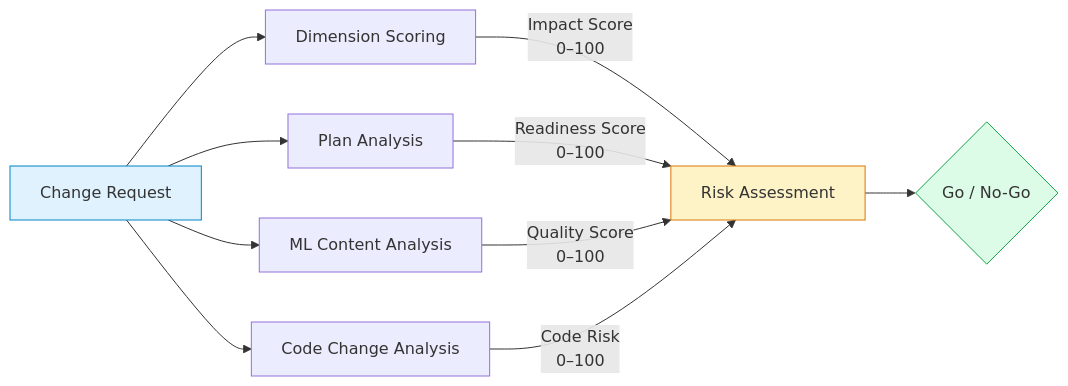
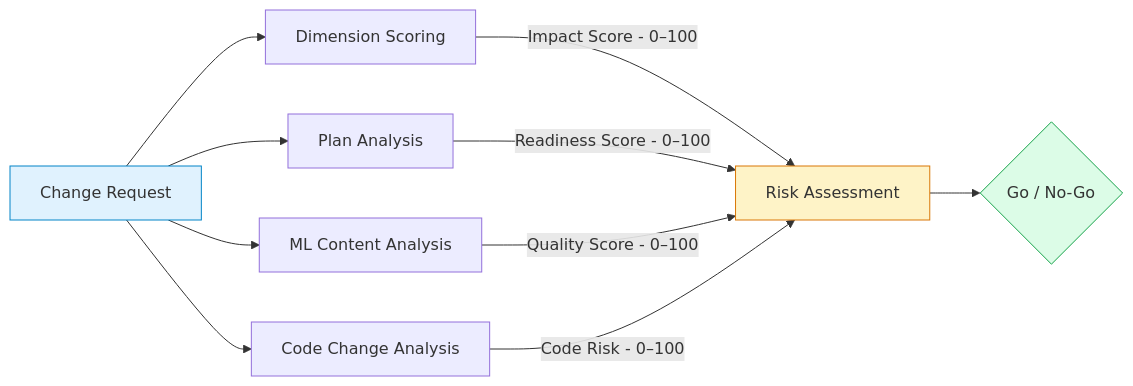
The first of 9 diagrams in docs/IMPACT_ANALYSIS.md (jj-shen99/changefabric), drawn with Mermaid before and after one commit. The commit also changed other lines of this file and 10 other files, not shown here.

First line of the commit message:
Fix Mermaid syntax errors, update all docs to v1.3.0

````diff
--- a/docs/IMPACT_ANALYSIS.md
+++ b/docs/IMPACT_ANALYSIS.md
@@ -26,16 +26,16 @@
 ```mermaid
 graph LR
     CR[Change Request] --> DS[Dimension Scoring]
     CR --> PA[Plan Analysis]
     CR --> ML[ML Content Analysis]
     CR --> CC[Code Change Analysis]
-    DS --> |"Impact Score<br/>0–100"| RA[Risk Assessment]
-    PA --> |"Readiness Score<br/>0–100"| RA
-    ML --> |"Quality Score<br/>0–100"| RA
-    CC --> |"Code Risk<br/>0–100"| RA
+    DS --> |"Impact Score - 0–100"| RA[Risk Assessment]
+    PA --> |"Readiness Score - 0–100"| RA
+    ML --> |"Quality Score - 0–100"| RA
+    CC --> |"Code Risk - 0–100"| RA
     RA --> Decision{Go / No-Go}
 
     style CR fill:#e0f2fe,stroke:#0284c7
     style RA fill:#fef3c7,stroke:#d97706
     style Decision fill:#dcfce7,stroke:#16a34a
 ```
````
